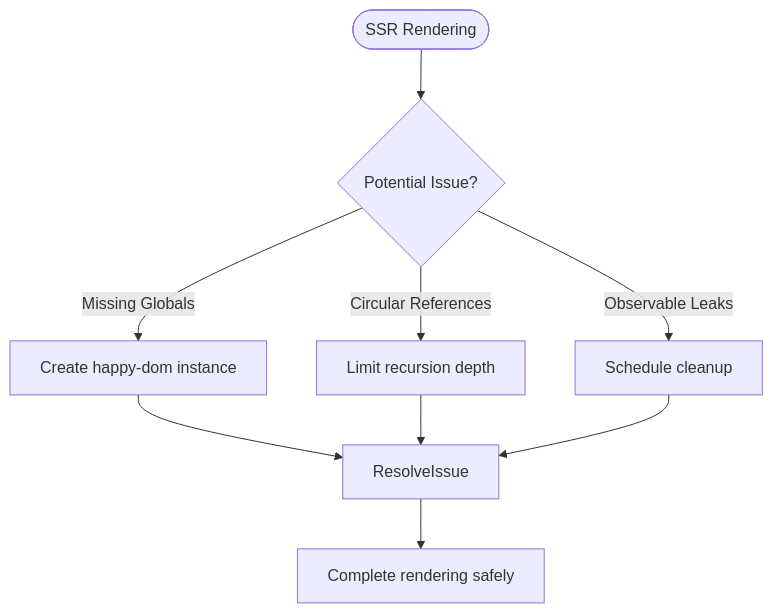
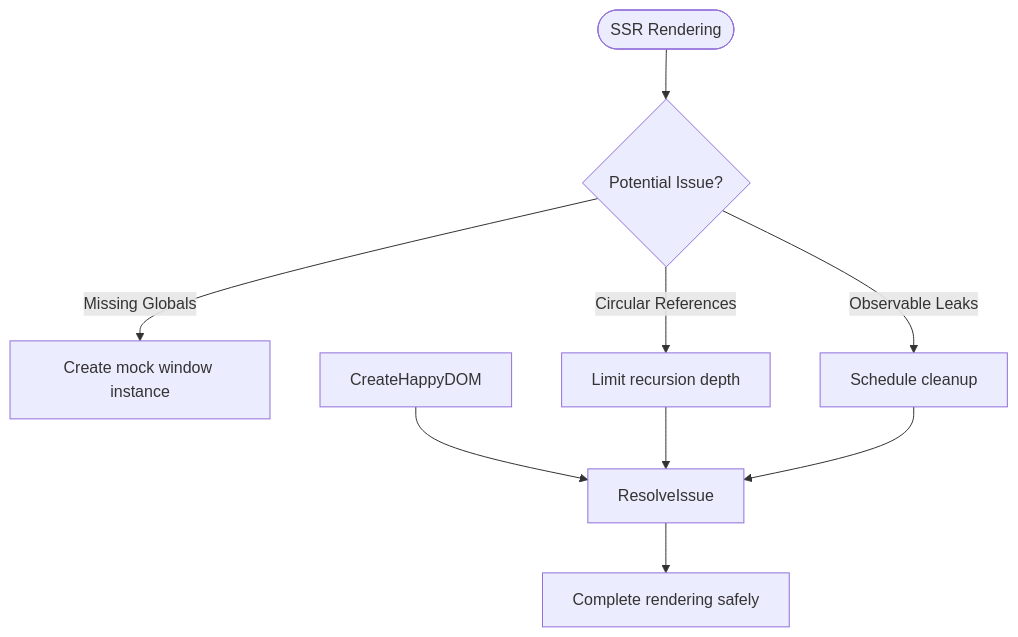
Before and after one commit to wobyjs/woby: the eighth of 10 diagrams in .qoder/repowiki/en/content/API Reference/Core Methods/Element Creation/Server-Side Element Creation.md, drawn with Mermaid. The commit also changed other lines of this file and 911 other files, not shown here.

First line of the commit message:
refactor(ssr): replace happy-dom with custom DOM mocks for server-side rendering

````diff
--- a/.qoder/repowiki/en/content/API Reference/Core Methods/Element Creation/Server-Side Element Creation.md
+++ b/.qoder/repowiki/en/content/API Reference/Core Methods/Element Creation/Server-Side Element Creation.md
@@ -336,11 +336,11 @@
 ```mermaid
 flowchart TD
 Start([SSR Rendering]) --> PotentialIssue{"Potential Issue?"}
-PotentialIssue --> |Missing Globals| CreateHappyDOM["Create happy-dom instance"]
+PotentialIssue --> |Missing Globals| CreateMockWindow["Create mock window instance"]
 PotentialIssue --> |Circular References| LimitRecursion["Limit recursion depth"]
 PotentialIssue --> |Observable Leaks| CleanupObservables["Schedule cleanup"]
 CreateHappyDOM --> ResolveIssue
 LimitRecursion --> ResolveIssue
 CleanupObservables --> ResolveIssue
 ResolveIssue --> CompleteRendering["Complete rendering safely"]
 ```
````
